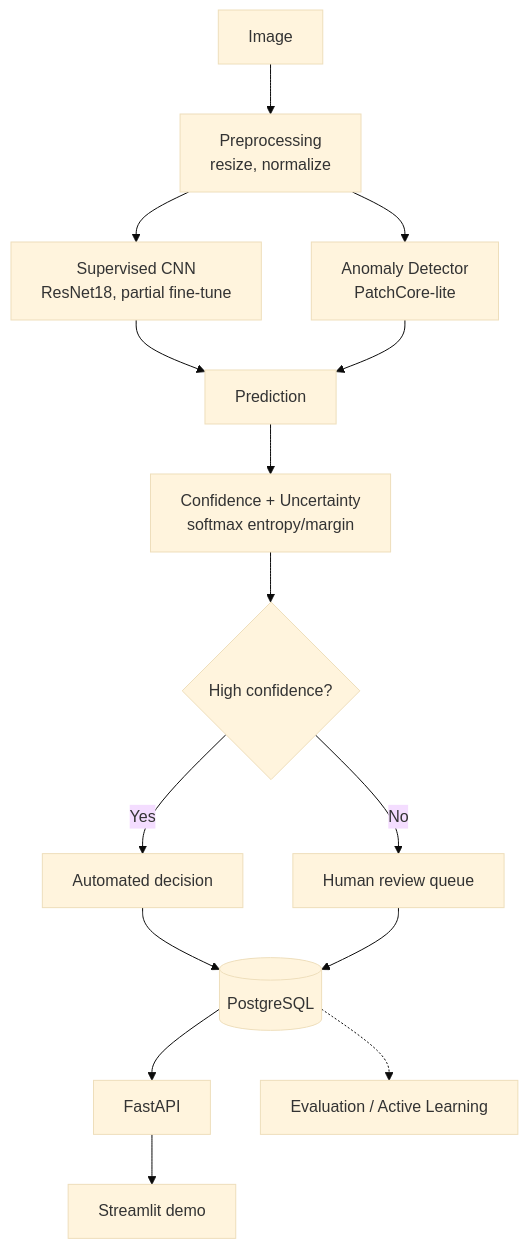
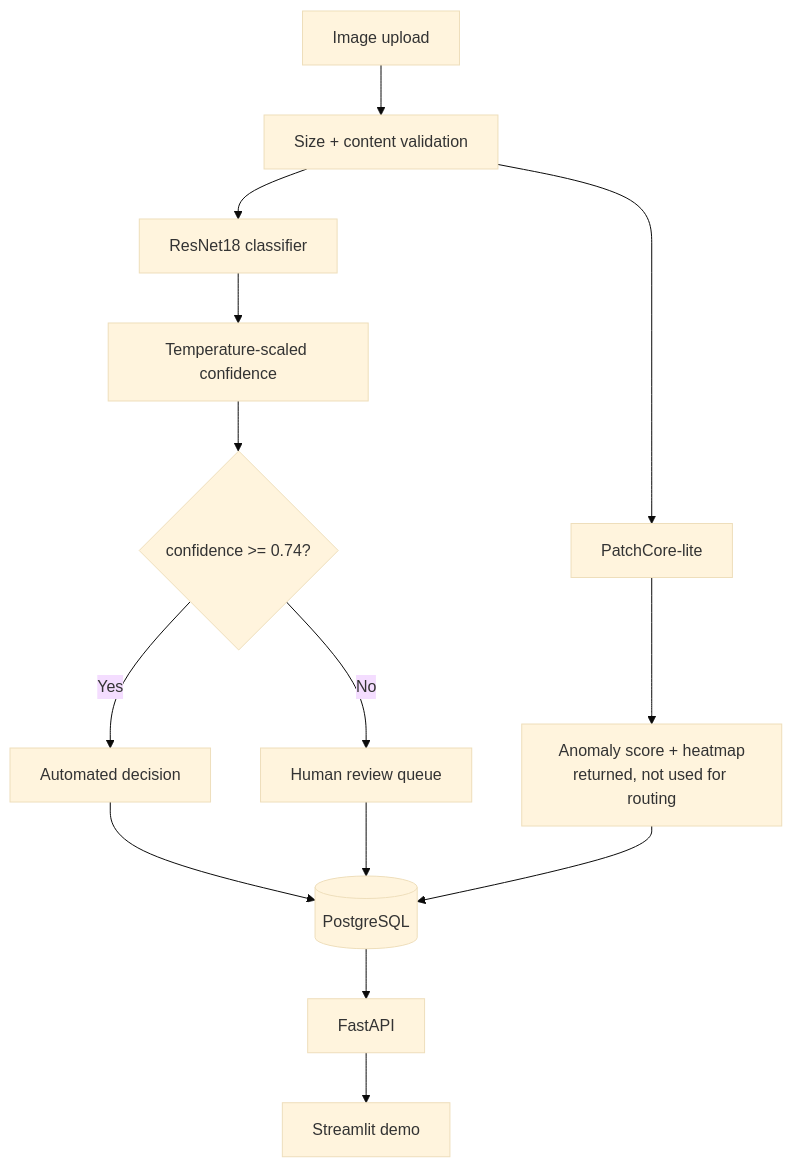
Before and after one commit to nithya-prakash/DefectVisionAI: the diagram in README.md, drawn with Mermaid (base theme). The commit also changed other lines of this file and 37 other files, not shown here.

````diff
--- a/README.md
+++ b/README.md
@@ -31,17 +38,15 @@
 ```mermaid
 flowchart TD
-    A[Image] --> B[Preprocessing<br/>resize, normalize]
-    B --> C1[Supervised CNN<br/>ResNet18, partial fine-tune]
-    B --> C2[Anomaly Detector<br/>PatchCore-lite]
-    C1 --> D[Prediction]
-    C2 --> D
-    D --> E[Confidence + Uncertainty<br/>softmax entropy/margin]
-    E --> F{High confidence?}
+    A[Image upload] --> V[Size + content validation]
+    V --> C1[ResNet18 classifier]
+    V --> C2[PatchCore-lite]
+    C1 --> E[Temperature-scaled confidence]
+    E --> F{confidence >= 0.74?}
     F -->|Yes| G[Automated decision]
     F -->|No| H[Human review queue]
+    C2 --> S[Anomaly score + heatmap<br/>returned, not used for routing]
     G --> I[(PostgreSQL)]
     H --> I
-    I --> J[FastAPI]
-    J --> K[Streamlit demo]
-    I -.-> L[Evaluation / Active Learning]
+    S --> I
+    I --> J[FastAPI] --> K[Streamlit demo]
 ```
````
